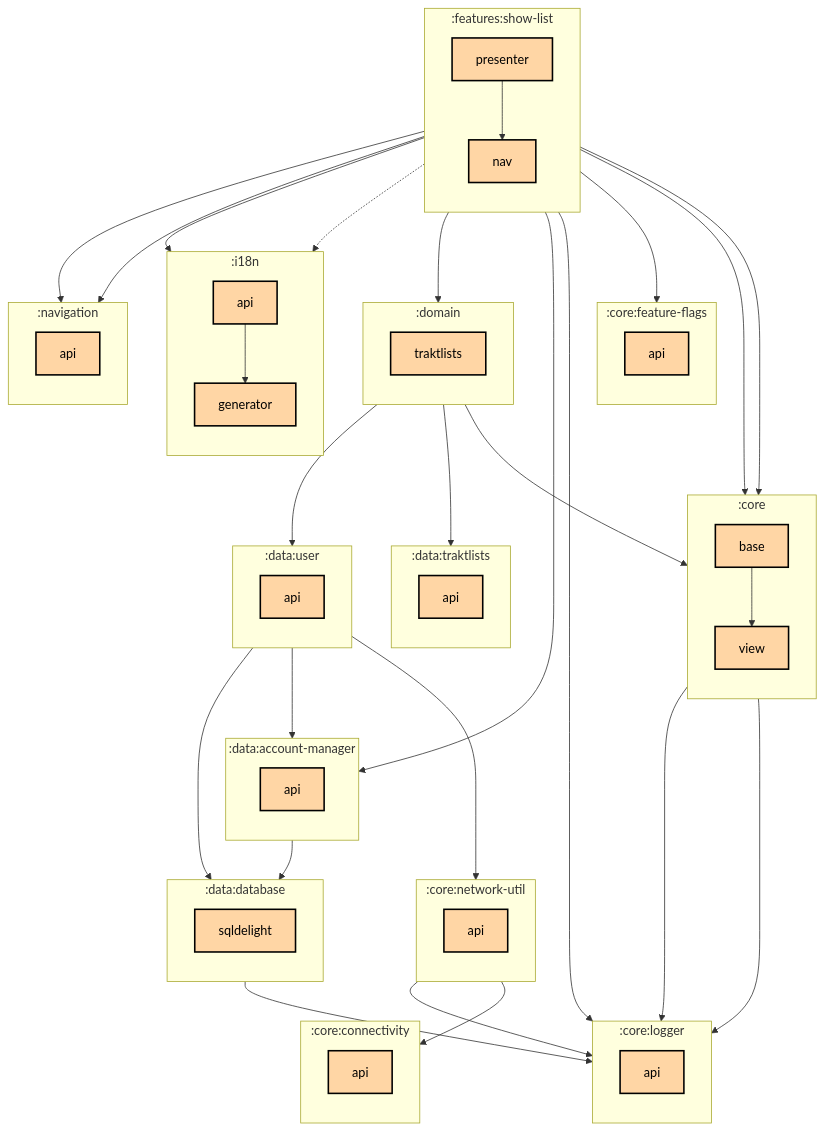
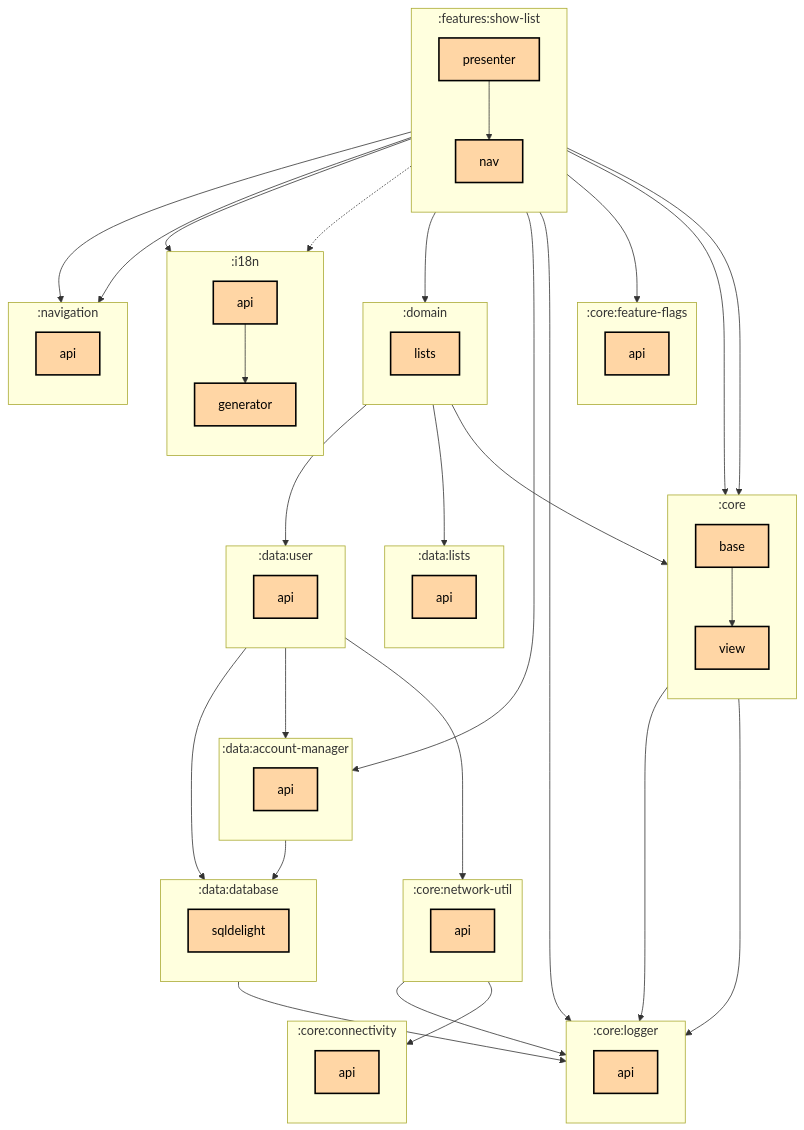
The first of 2 diagrams in features/show-list/presenter/README.md (thomaskioko/tv-maniac), drawn with Mermaid before and after one commit. The commit also changed 120 other files, not shown here.

```diff
--- a/features/show-list/presenter/README.md
+++ b/features/show-list/presenter/README.md
@@ -34,9 +34,9 @@
     direction TB
     :data:database:sqldelight[sqldelight]:::multiplatform
   end
-  subgraph :data:traktlists
+  subgraph :data:lists
     direction TB
-    :data:traktlists:api[api]:::multiplatform
+    :data:lists:api[api]:::multiplatform
   end
   subgraph :data:user
     direction TB
@@ -44,7 +44,7 @@
   end
   subgraph :domain
     direction TB
-    :domain:traktlists[traktlists]:::multiplatform
+    :domain:lists[lists]:::multiplatform
   end
   subgraph :features:show-list
     direction TB
@@ -71,16 +71,16 @@
   :data:user:api --> :core:network-util:api
   :data:user:api --> :data:account-manager:api
   :data:user:api --> :data:database:sqldelight
-  :domain:traktlists --> :core:base
-  :domain:traktlists --> :data:traktlists:api
-  :domain:traktlists --> :data:user:api
+  :domain:lists --> :core:base
+  :domain:lists --> :data:lists:api
+  :domain:lists --> :data:user:api
   :features:show-list:nav --> :navigation:api
   :features:show-list:presenter --> :core:base
   :features:show-list:presenter --> :core:feature-flags:api
   :features:show-list:presenter --> :core:logger:api
   :features:show-list:presenter --> :core:view
   :features:show-list:presenter --> :data:account-manager:api
-  :features:show-list:presenter --> :domain:traktlists
+  :features:show-list:presenter --> :domain:lists
   :features:show-list:presenter --> :features:show-list:nav
   :features:show-list:presenter --> :i18n:api
   :features:show-list:presenter -.-> :i18n:generator
```
